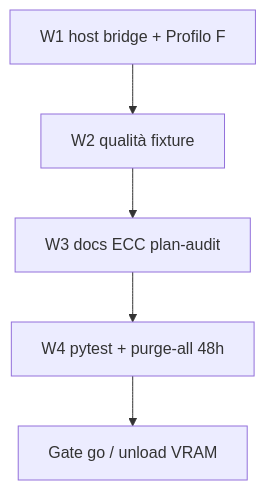
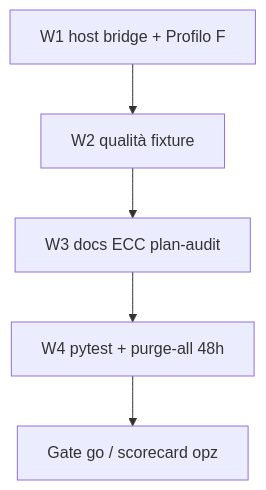
Before and after one commit to JiraaG/Intelligence-Dashboard: the diagram in plan-audit/active/plan_impl_fase_A_local_amd_ollama.md, drawn with Mermaid. The commit also changed other lines of this file and 28 other files, not shown here.

First line of the commit message:
feat(radar): unload Ollama VRAM at idle for Profilo F (restore point)

````diff
--- a/plan-audit/active/plan_impl_fase_A_local_amd_ollama.md
+++ b/plan-audit/active/plan_impl_fase_A_local_amd_ollama.md
@@ -37,7 +37,7 @@
 ```mermaid
 flowchart TB
   W1[W1 host bridge + Profilo F] --> W2[W2 qualità fixture]
   W2 --> W3[W3 docs ECC plan-audit]
   W3 --> W4[W4 pytest + purge-all 48h]
-  W4 --> Gate[Gate go / unload VRAM]
+  W4 --> Gate[Gate go / scorecard opz]
 ```
````
